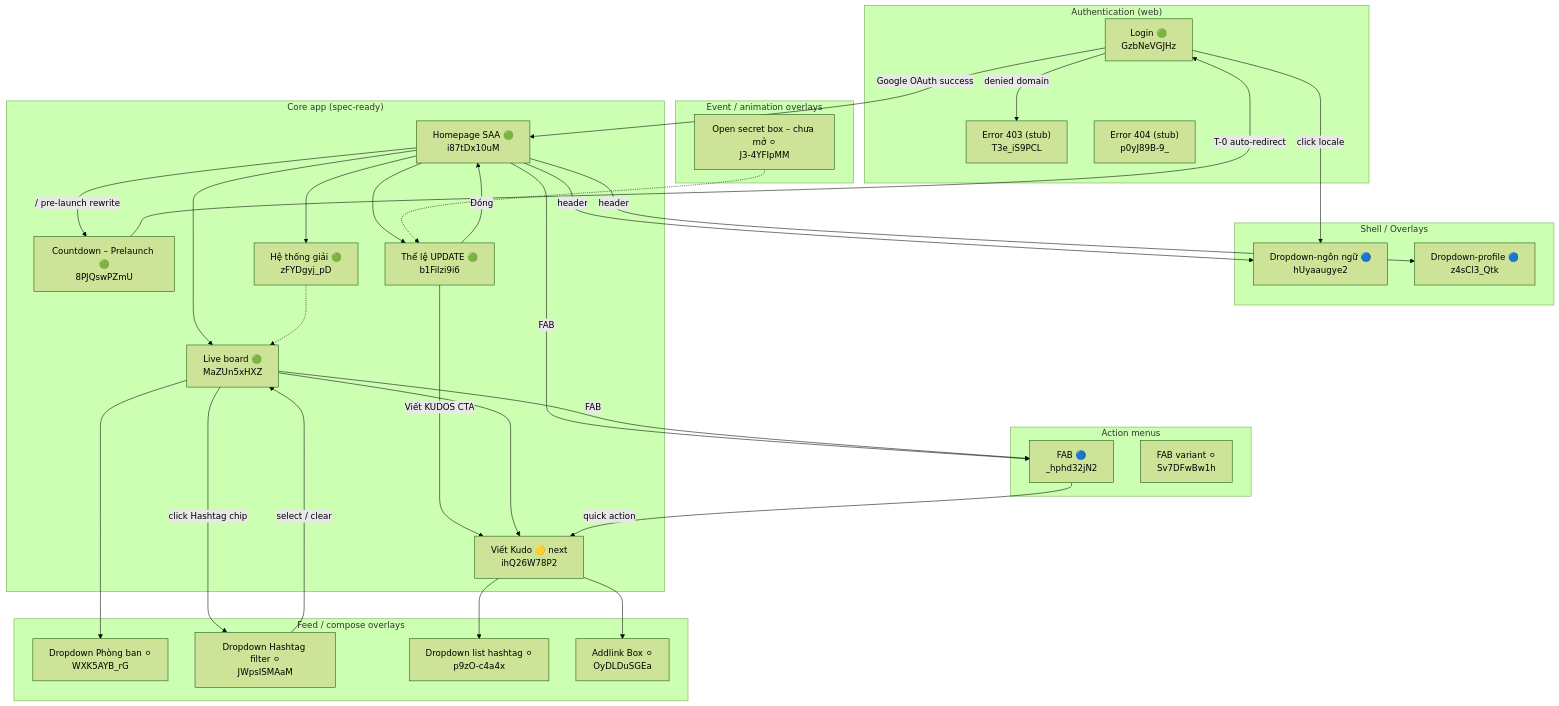
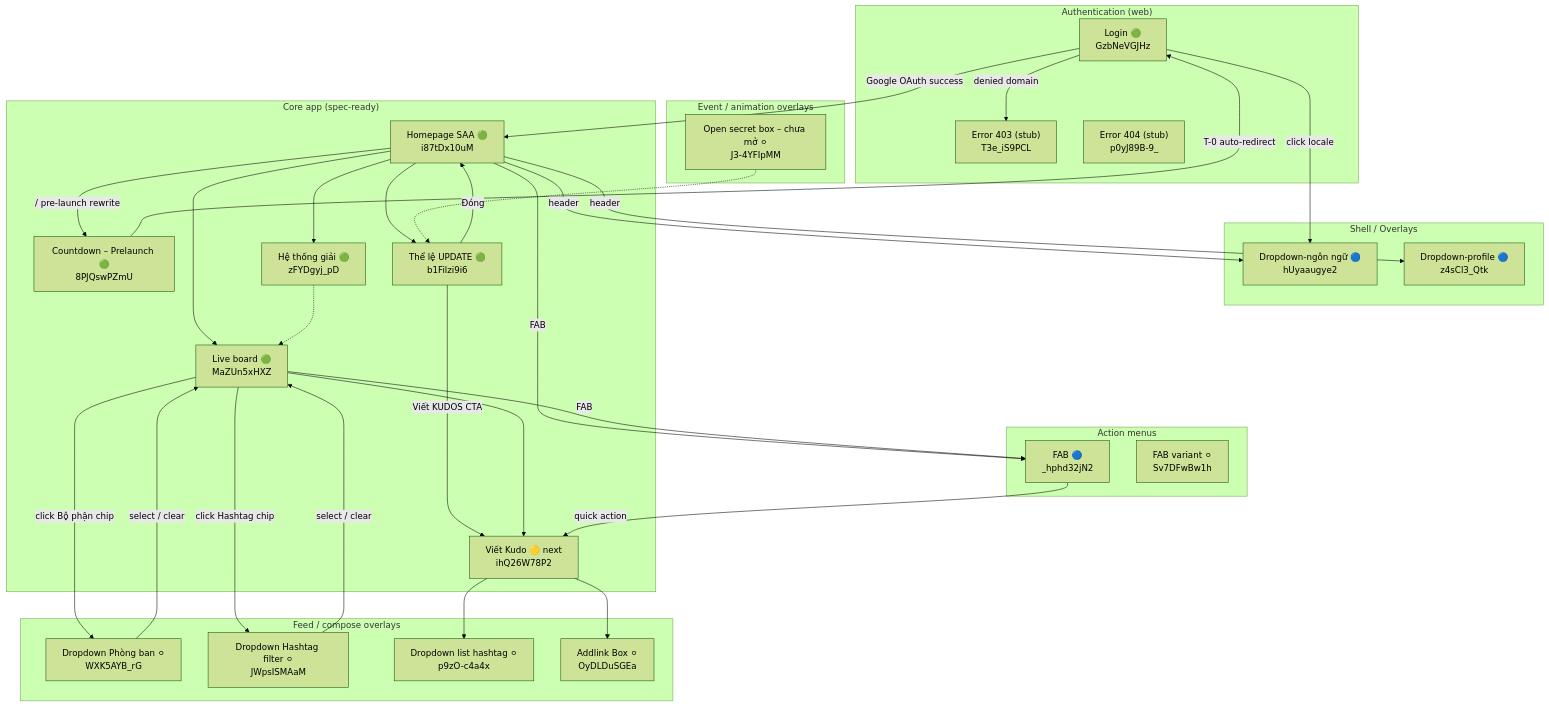
Before and after one commit to hanhvv-0858/agentic-coding-SAA-2025: the first of 3 diagrams in .momorph/contexts/screen_specs/SCREENFLOW.md, drawn with Mermaid (forest theme). The commit also changed other lines of this file and 32 other files, not shown here.

````diff
--- a/.momorph/contexts/screen_specs/SCREENFLOW.md
+++ b/.momorph/contexts/screen_specs/SCREENFLOW.md
@@ -117,67 +124,68 @@
 ```mermaid
 flowchart TD
     subgraph Auth["Authentication (web)"]
         Login["Login 🟢\nGzbNeVGJHz"]
         Err403["Error 403 (stub)\nT3e_iS9PCL"]
         Err404["Error 404 (stub)\np0yJ89B-9_"]
     end
 
     subgraph Shell["Shell / Overlays"]
         LangDrop["Dropdown-ngôn ngữ 🔵\nhUyaaugye2"]
         ProfDrop["Dropdown-profile 🔵\nz4sCl3_Qtk"]
     end
 
     subgraph Core["Core app (spec-ready)"]
         Home["Homepage SAA 🟢\ni87tDx10uM"]
         Countdown["Countdown – Prelaunch 🟢\n8PJQswPZmU"]
         Awards["Hệ thống giải 🟢\nzFYDgyj_pD"]
         Rules["Thể lệ UPDATE 🟢\nb1Filzi9i6"]
         Liveboard["Live board 🟢\nMaZUn5xHXZ"]
         Compose["Viết Kudo 🟡 next\nihQ26W78P2"]
     end
 
     subgraph FilterOverlays["Feed / compose overlays"]
         DeptFilter["Dropdown Phòng ban ⚪\nWXK5AYB_rG"]
         HashFilter["Dropdown Hashtag filter ⚪\nJWpsISMAaM"]
         HashList["Dropdown list hashtag ⚪\np9zO-c4a4x"]
         AddLink["Addlink Box ⚪\nOyDLDuSGEa"]
     end
 
     subgraph Actions["Action menus"]
         FAB["FAB 🔵\n_hphd32jN2"]
         FAB2["FAB variant ⚪\nSv7DFwBw1h"]
     end
 
     subgraph GameOverlays["Event / animation overlays"]
         SecretBox["Open secret box – chưa mở ⚪\nJ3-4YFIpMM"]
     end
 
     Login -- Google OAuth success --> Home
     Login -- click locale --> LangDrop
     Login -- denied domain --> Err403
 
     Home -- "/" pre-launch rewrite --> Countdown
     Countdown -- T-0 auto-redirect --> Login
     Home --> Awards
     Home --> Rules
     Home --> Liveboard
     Home -- header --> LangDrop
     Home -- header --> ProfDrop
     Home -- FAB --> FAB
 
     Awards -.-> Liveboard
     Rules -- "Viết KUDOS" CTA --> Compose
     Rules -- "Đóng" --> Home
 
     Liveboard -- FAB --> FAB
-    Liveboard --> DeptFilter
+    Liveboard -- click Bộ phận chip --> DeptFilter
+    DeptFilter -- select / clear --> Liveboard
     Liveboard -- click Hashtag chip --> HashFilter
     HashFilter -- select / clear --> Liveboard
     Liveboard --> Compose
     FAB -- quick action --> Compose
 
     Compose --> HashList
     Compose --> AddLink
 
     SecretBox -.-> Rules
 ```
````
